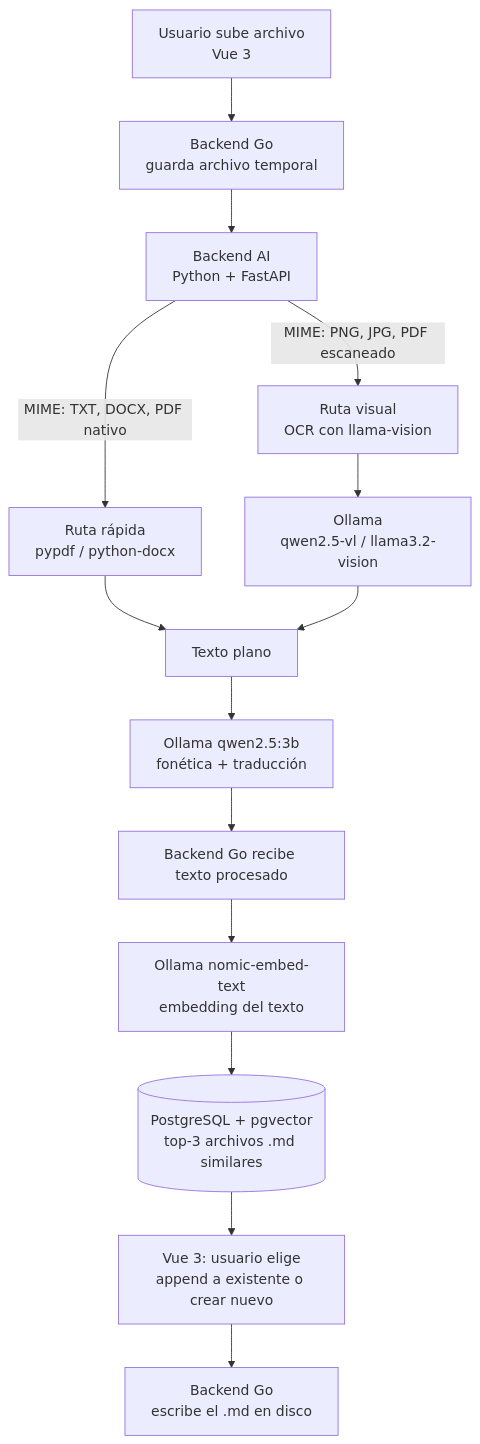
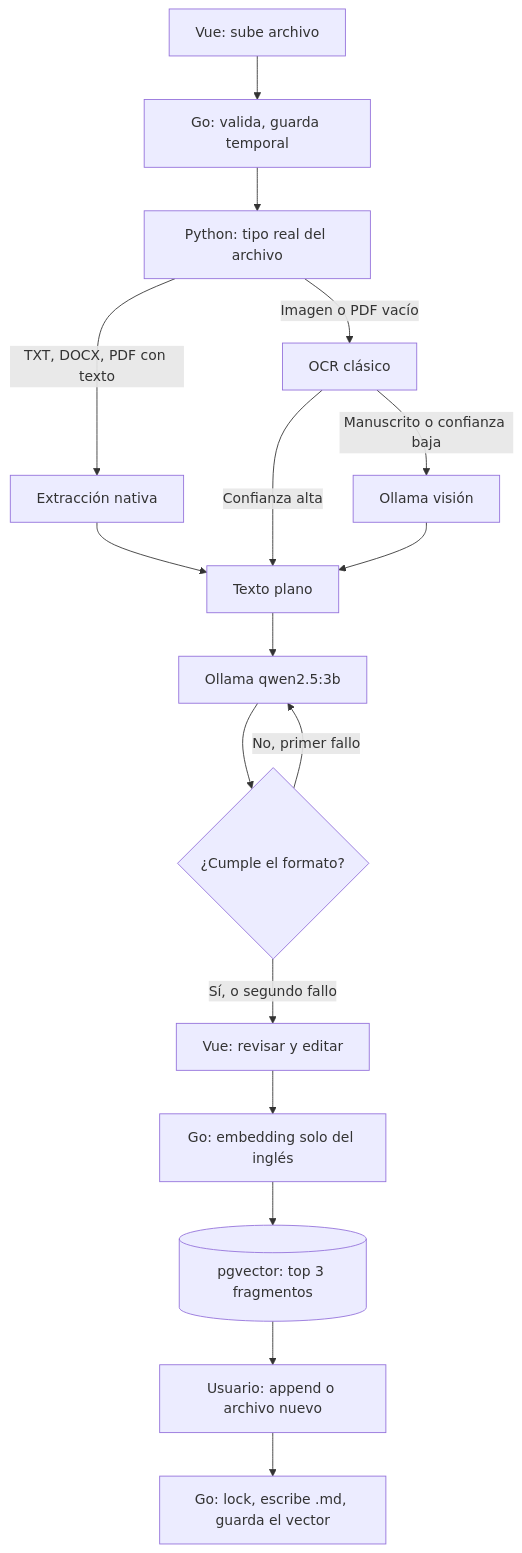
Before and after one commit to favillon/readme-english: the diagram in readme.md, drawn with Mermaid. The commit also changed other lines of this file, not shown here.

Commit message:
Version de readne nodificada con todo el contexto

````diff
--- a/readme.md
+++ b/readme.md
@@ -44,16 +76,19 @@
 ```mermaid
-    flowchart TD
-    A[Usuario sube archivo<br/>Vue 3] --> B[Backend Go<br/>guarda archivo temporal]
-    B --> C[Backend AI<br/>Python + FastAPI]
-    C -->|MIME: TXT, DOCX, PDF nativo| D[Ruta rápida<br/>pypdf / python-docx]
-    C -->|MIME: PNG, JPG, PDF escaneado| E[Ruta visual<br/>OCR con llama-vision]
-    E --> O1[Ollama<br/>qwen2.5-vl / llama3.2-vision]
-    D --> F[Texto plano]
-    O1 --> F
-    F --> G[Ollama qwen2.5:3b<br/>fonética + traducción]
-    G --> H[Backend Go recibe texto procesado]
-    H --> I[Ollama nomic-embed-text<br/>embedding del texto]
-    I --> J[(PostgreSQL + pgvector<br/>top-3 archivos .md similares)]
-    J --> K[Vue 3: usuario elige<br/>append a existente o crear nuevo]
-    K --> L[Backend Go<br/>escribe el .md en disco]
+flowchart TD
+    A[Vue: sube archivo] --> B[Go: valida, guarda temporal]
+    B --> C[Python: tipo real del archivo]
+    C -->|TXT, DOCX, PDF con texto| D[Extracción nativa]
+    C -->|Imagen o PDF vacío| E[OCR clásico]
+    E -->|Confianza alta| F[Texto plano]
+    E -->|Manuscrito o confianza baja| V[Ollama visión]
+    D --> F
+    V --> F
+    F --> G[Ollama qwen2.5:3b]
+    G --> H{¿Cumple el formato?}
+    H -->|No, primer fallo| G
+    H -->|Sí, o segundo fallo| I[Vue: revisar y editar]
+    I --> J[Go: embedding solo del inglés]
+    J --> K[(pgvector: top 3 fragmentos)]
+    K --> L[Usuario: append o archivo nuevo]
+    L --> M[Go: lock, escribe .md, guarda el vector]
 ```
````
